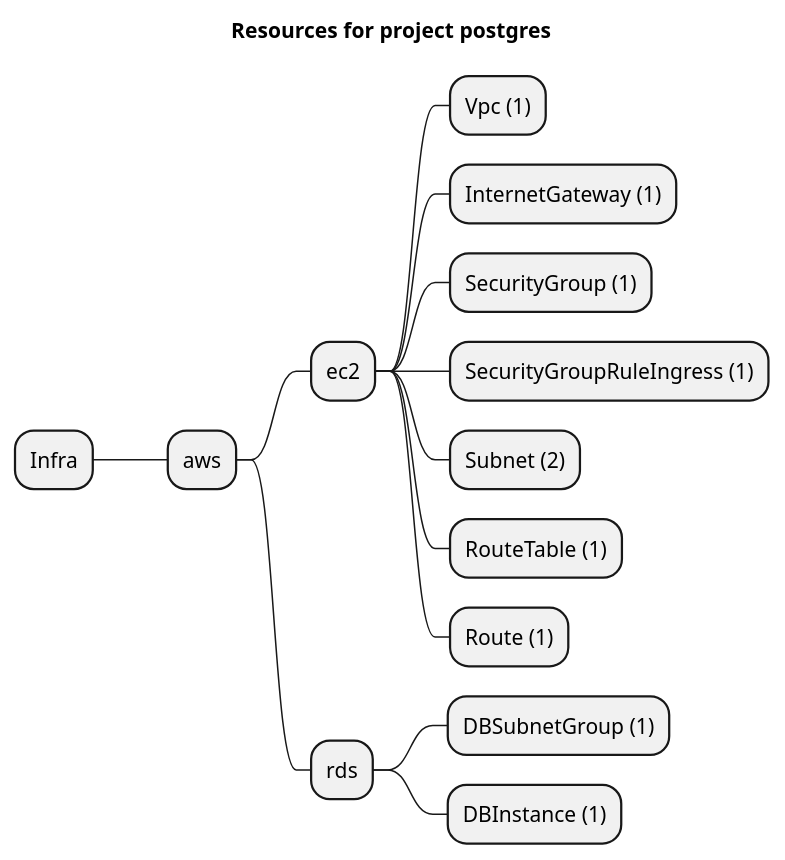
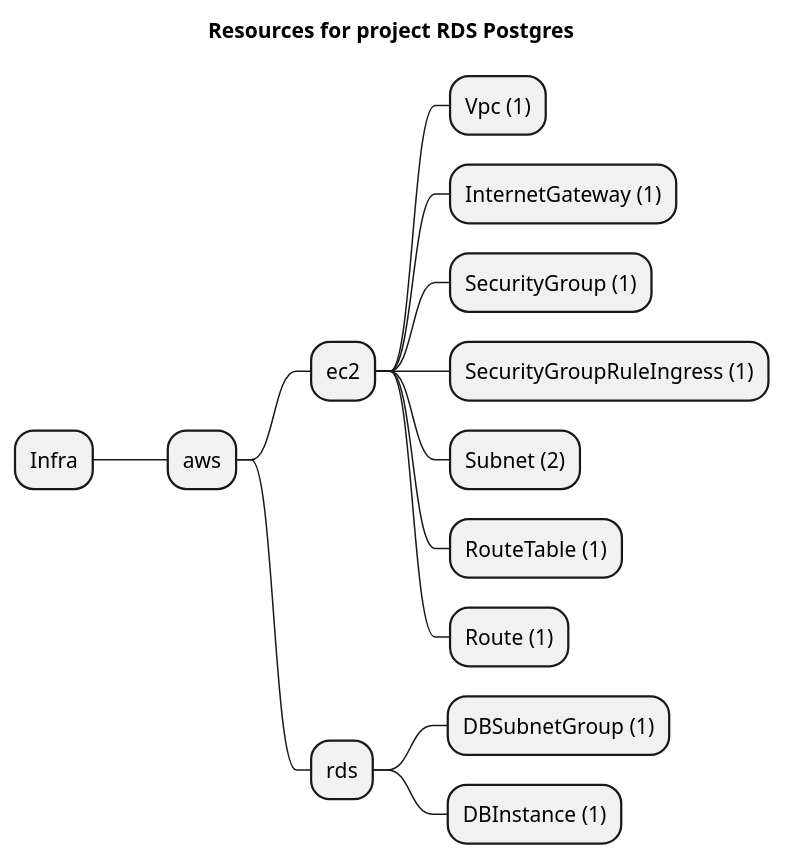
Before and after one commit to grucloud/grucloud: the diagram in examples/aws/rds/postgres/artifacts/resources-mindmap.puml, drawn with PlantUML. The commit also changed 26 other files, not shown here.

```diff
--- a/examples/aws/rds/postgres/artifacts/resources-mindmap.puml
+++ b/examples/aws/rds/postgres/artifacts/resources-mindmap.puml
@@ -1,17 +1,17 @@
 @startmindmap
-title Resources for project postgres
+title Resources for project RDS Postgres
 skinparam monochrome true
 + Infra
 ++ aws
 +++ ec2
 ++++ Vpc (1)
 ++++ InternetGateway (1)
 ++++ SecurityGroup (1)
 ++++ SecurityGroupRuleIngress (1)
 ++++ Subnet (2)
 ++++ RouteTable (1)
 ++++ Route (1)
 +++ rds
 ++++ DBSubnetGroup (1)
 ++++ DBInstance (1)
 @endmindmap
```
